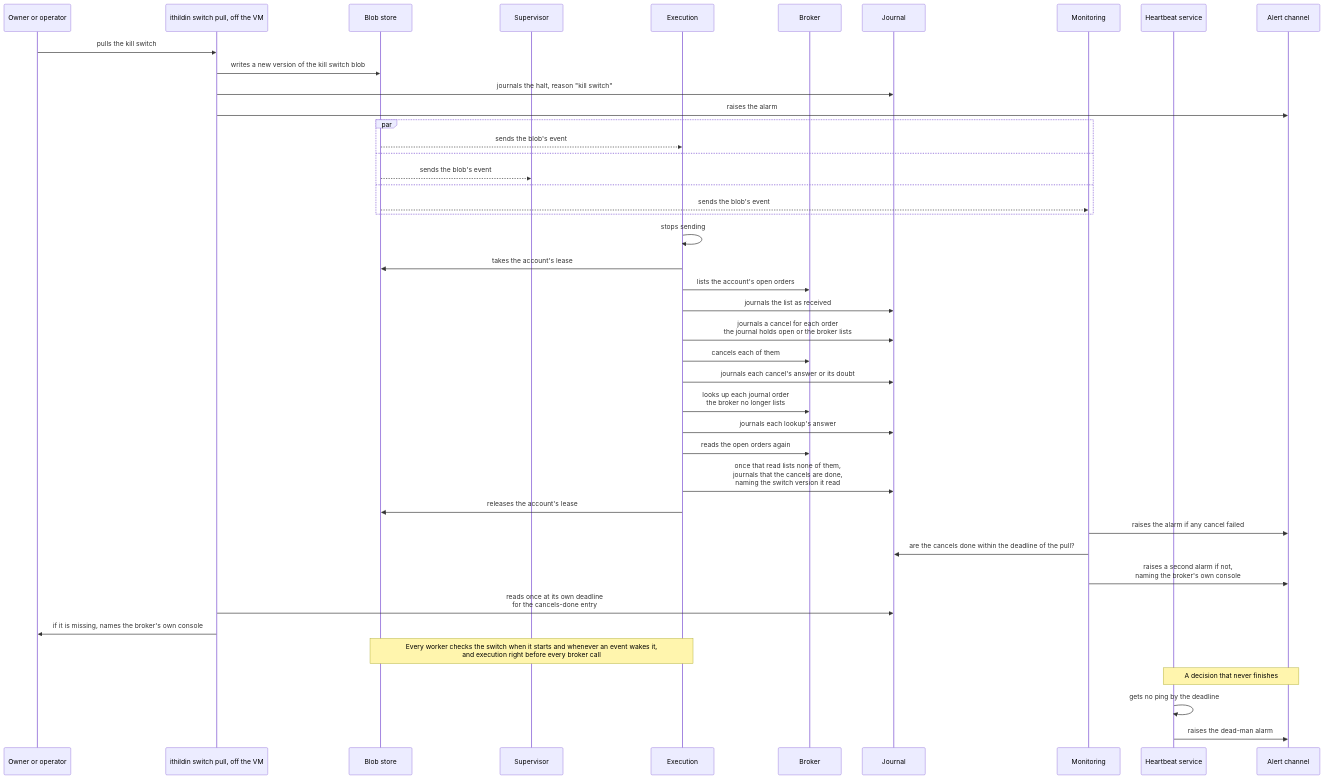
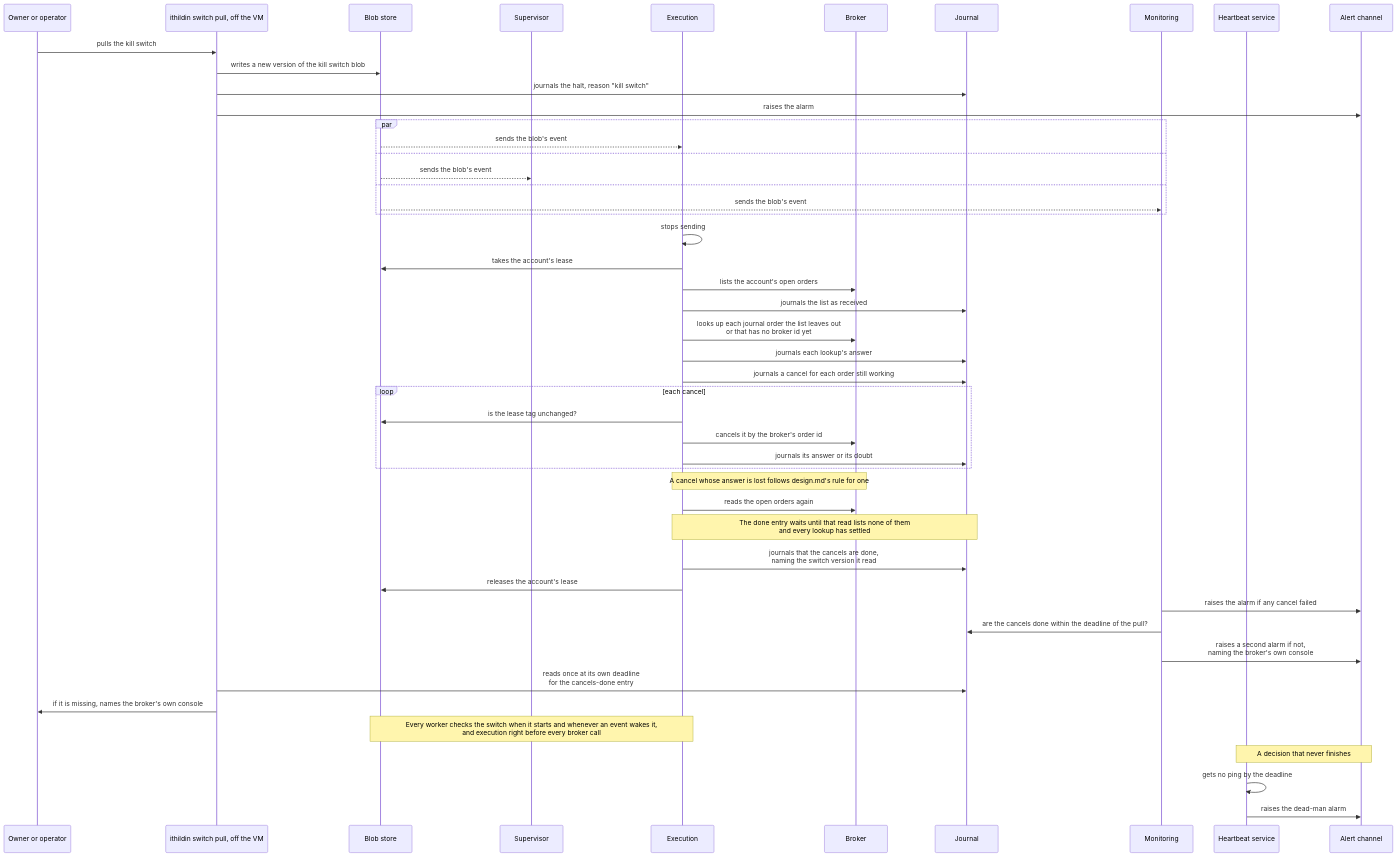
Before and after one commit to l3a0/ithildin-runtime: diagram 15 of 17 in docs/architecture/06-runtime.md, drawn with Mermaid. The commit also changed other lines of this file and 10 other files, not shown here.

````diff
--- a/docs/architecture/06-runtime.md
+++ b/docs/architecture/06-runtime.md
@@ -832,47 +834,52 @@
 ```mermaid
 sequenceDiagram
     participant P as Owner or operator
     participant K as ithildin switch pull, off the VM
     participant F as Blob store
     participant V as Supervisor
     participant X as Execution
     participant B as Broker
     participant J as Journal
     participant M as Monitoring
     participant H as Heartbeat service
     participant A as Alert channel
 
     P->>K: pulls the kill switch
     K->>F: writes a new version of the kill switch blob
     K->>J: journals the halt, reason "kill switch"
     K->>A: raises the alarm
     par
         F-->>X: sends the blob's event
     and
         F-->>V: sends the blob's event
     and
         F-->>M: sends the blob's event
     end
     X->>X: stops sending
     X->>F: takes the account's lease
     X->>B: lists the account's open orders
     X->>J: journals the list as received
-    X->>J: journals a cancel for each order<br/>the journal holds open or the broker lists
-    X->>B: cancels each of them
-    X->>J: journals each cancel's answer or its doubt
-    X->>B: looks up each journal order<br/>the broker no longer lists
+    X->>B: looks up each journal order the list leaves out<br/>or that has no broker id yet
     X->>J: journals each lookup's answer
+    X->>J: journals a cancel for each order still working
+    loop each cancel
+        X->>F: is the lease tag unchanged?
+        X->>B: cancels it by the broker's order id
+        X->>J: journals its answer or its doubt
+    end
+    Note over X,B: A cancel whose answer is lost follows design.md's rule for one
     X->>B: reads the open orders again
-    X->>J: once that read lists none of them,<br/>journals that the cancels are done,<br/>naming the switch version it read
+    Note over X,J: The done entry waits until that read lists none of them<br/>and every lookup has settled
+    X->>J: journals that the cancels are done,<br/>naming the switch version it read
     X->>F: releases the account's lease
     M->>A: raises the alarm if any cancel failed
     M->>J: are the cancels done within the deadline of the pull?
     M->>A: raises a second alarm if not,<br/>naming the broker's own console
     K->>J: reads once at its own deadline<br/>for the cancels-done entry
     K->>P: if it is missing, names the broker's own console
     Note over F,X: Every worker checks the switch when it starts and whenever an event wakes it,<br/>and execution right before every broker call
 
     Note over H,A: A decision that never finishes
     H->>H: gets no ping by the deadline
     H->>A: raises the dead-man alarm
 ```
````
